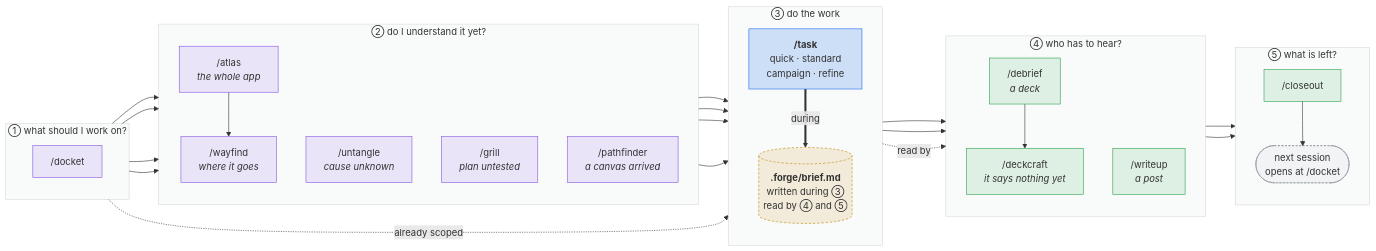
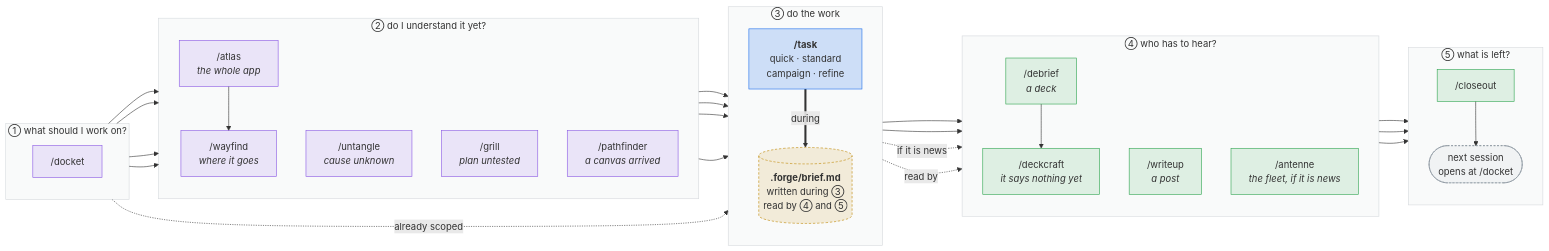
One commit to LucianoAdonis/neorgon-forge changed the first of 2 diagrams in README.md. Above: the diagram before and after it, drawn with Mermaid. The commit also changed other lines of this file and 10 other files, not shown here.

````diff
--- a/README.md
+++ b/README.md
@@ -30,66 +30,69 @@
 ```mermaid
 flowchart LR
     subgraph S1["① what should I work on?"]
         direction TB
         docket["/docket"]
     end
     subgraph S2["② do I understand it yet?"]
         direction TB
         atlas["/atlas<br/><i>the whole app</i>"]
         wayfind["/wayfind<br/><i>where it goes</i>"]
         untangle["/untangle<br/><i>cause unknown</i>"]
         grill["/grill<br/><i>plan untested</i>"]
         pathfinder["/pathfinder<br/><i>a canvas arrived</i>"]
     end
     subgraph S3["③ do the work"]
         direction TB
         task["<b>/task</b><br/>quick · standard<br/>campaign · refine"]
         brief[("<b>.forge/brief.md</b><br/>written during ③<br/>read by ④ and ⑤")]
     end
     subgraph S5["⑤ what is left?"]
         direction TB
         closeout["/closeout"]
         again(["next session<br/>opens at /docket"])
     end
     subgraph S4["④ who has to hear?"]
         direction TB
         debrief["/debrief<br/><i>a deck</i>"]
         writeup["/writeup<br/><i>a post</i>"]
         deckcraft["/deckcraft<br/><i>it says nothing yet</i>"]
+        antenne["/antenne<br/><i>the fleet, if it is news</i>"]
     end
 
     docket --> atlas
     docket --> untangle
     docket --> grill
     docket --> pathfinder
     docket -. "already scoped" .-> task
     atlas --> wayfind
     wayfind --> task
     untangle --> task
     grill --> task
     pathfinder --> task
     task == during ==> brief
     task --> debrief
     task --> writeup
+    task -. "if it is news" .-> antenne
     debrief --> deckcraft
     brief -. read by .-> debrief
     debrief --> closeout
     writeup --> closeout
+    antenne --> closeout
     closeout --> again
 
     classDef before fill:#8957e522,stroke:#8957e5
     classDef during fill:#1f6feb33,stroke:#1f6feb
     classDef after  fill:#2da44e22,stroke:#2da44e
     classDef store  fill:#bf870022,stroke:#bf8700,stroke-dasharray:4 3
     classDef exit   fill:#8b949e11,stroke:#8b949e,stroke-dasharray:3 3
     class docket,untangle,atlas,wayfind,grill,pathfinder before
     class task during
-    class debrief,writeup,closeout,deckcraft after
+    class debrief,writeup,closeout,deckcraft,antenne after
     class brief store
     class again exit
     style S1 fill:#8b949e0d,stroke:#8b949e55
     style S2 fill:#8b949e0d,stroke:#8b949e55
     style S3 fill:#8b949e0d,stroke:#8b949e55
     style S4 fill:#8b949e0d,stroke:#8b949e55
     style S5 fill:#8b949e0d,stroke:#8b949e55
 ```
````
